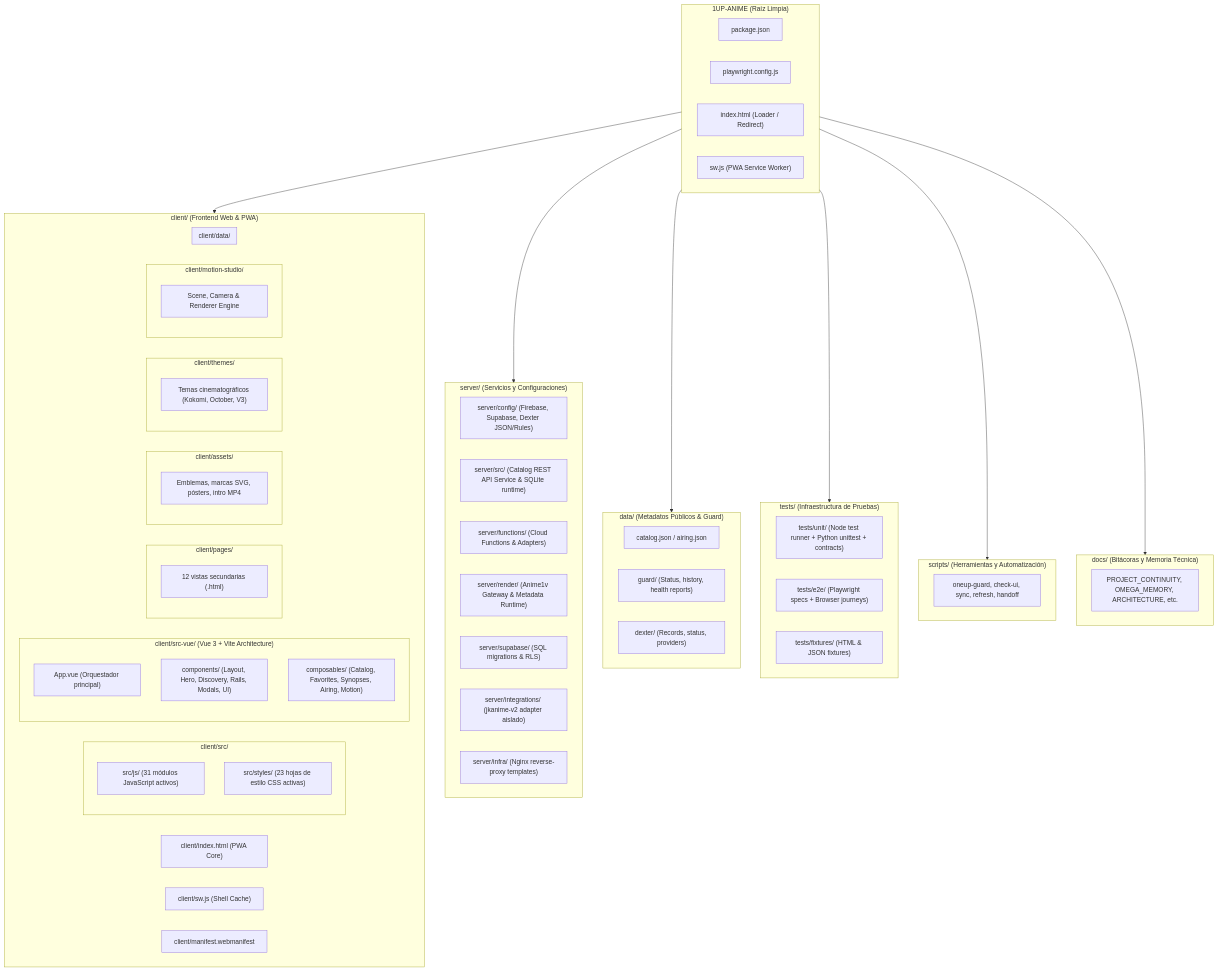
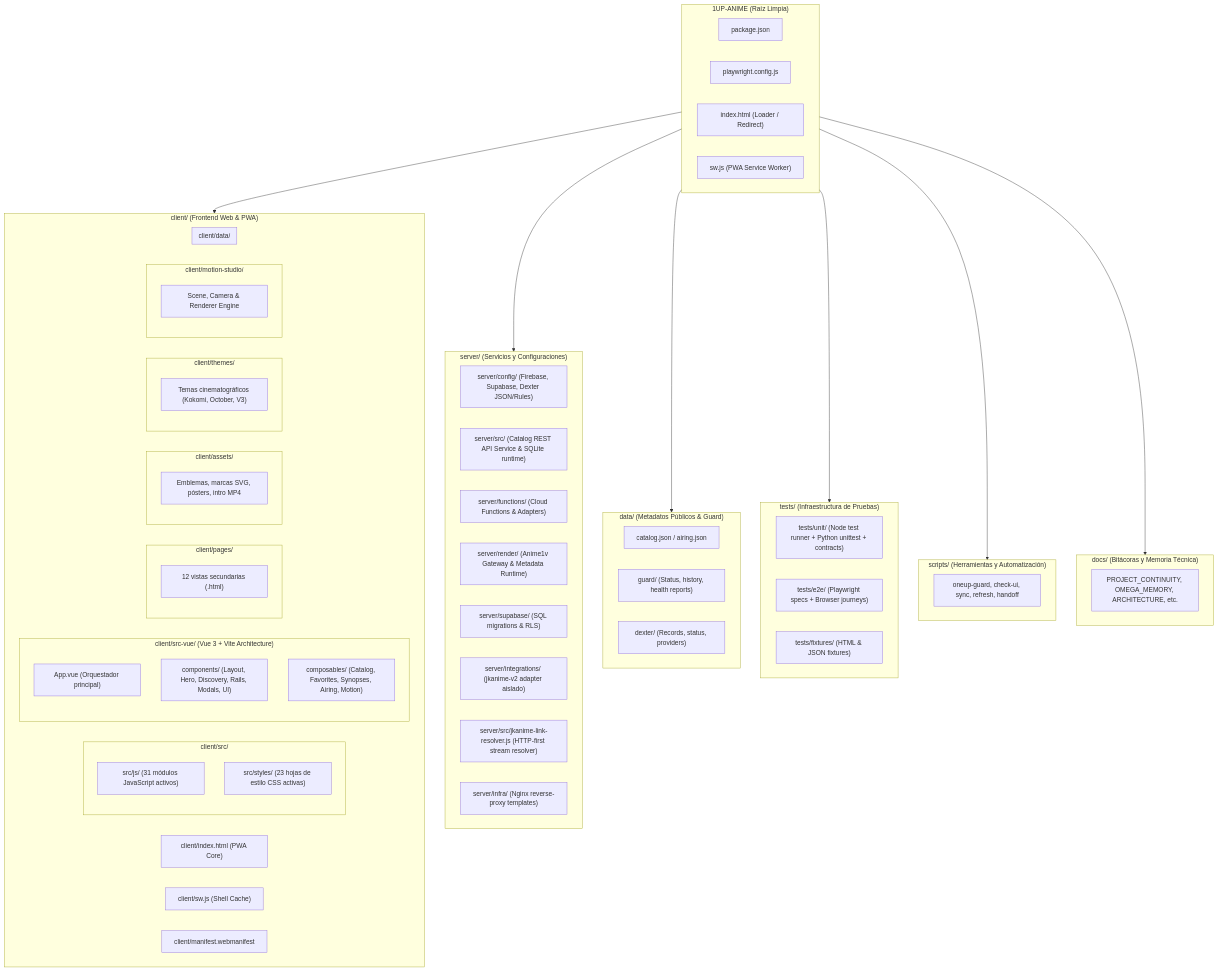
Before and after one commit to H4CKLABORATORY/1UP-ANIME: the diagram in docs/ARCHITECTURE.md, drawn with Mermaid. The commit also changed other lines of this file and 5 other files, not shown here.

Commit message:
feat: integrar resolvedor eficiente de enlaces de JkAnime (HTTP-first, espejo, cache y CORS)

```diff
--- a/docs/ARCHITECTURE.md
+++ b/docs/ARCHITECTURE.md
@@ -60,6 +60,7 @@
                 S_REND["server/render/ (Anime1v Gateway & Metadata Runtime)"]
                 S_SUPA["server/supabase/ (SQL migrations & RLS)"]
                 S_INTE["server/integrations/ (jkanime-v2 adapter aislado)"]
+                S_RESOLV["server/src/jkanime-link-resolver.js (HTTP-first stream resolver)"]
                 S_INFR["server/infra/ (Nginx reverse-proxy templates)"]
         end
 
```
